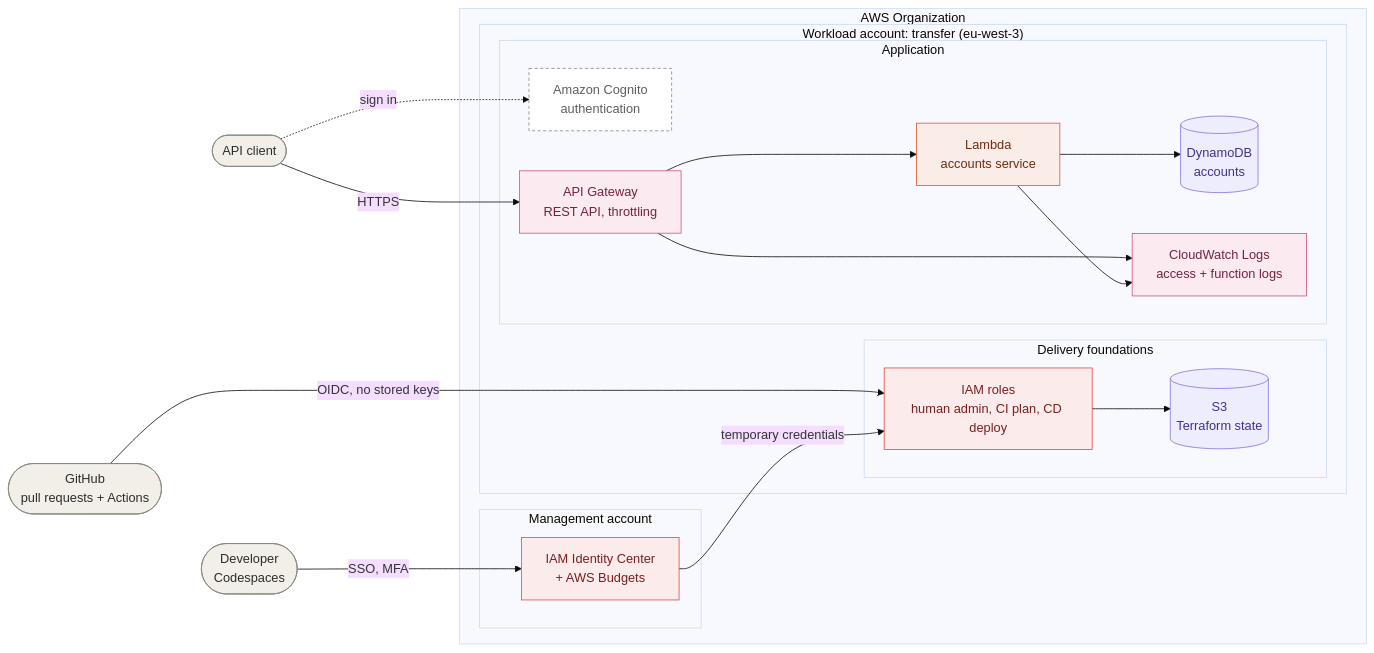
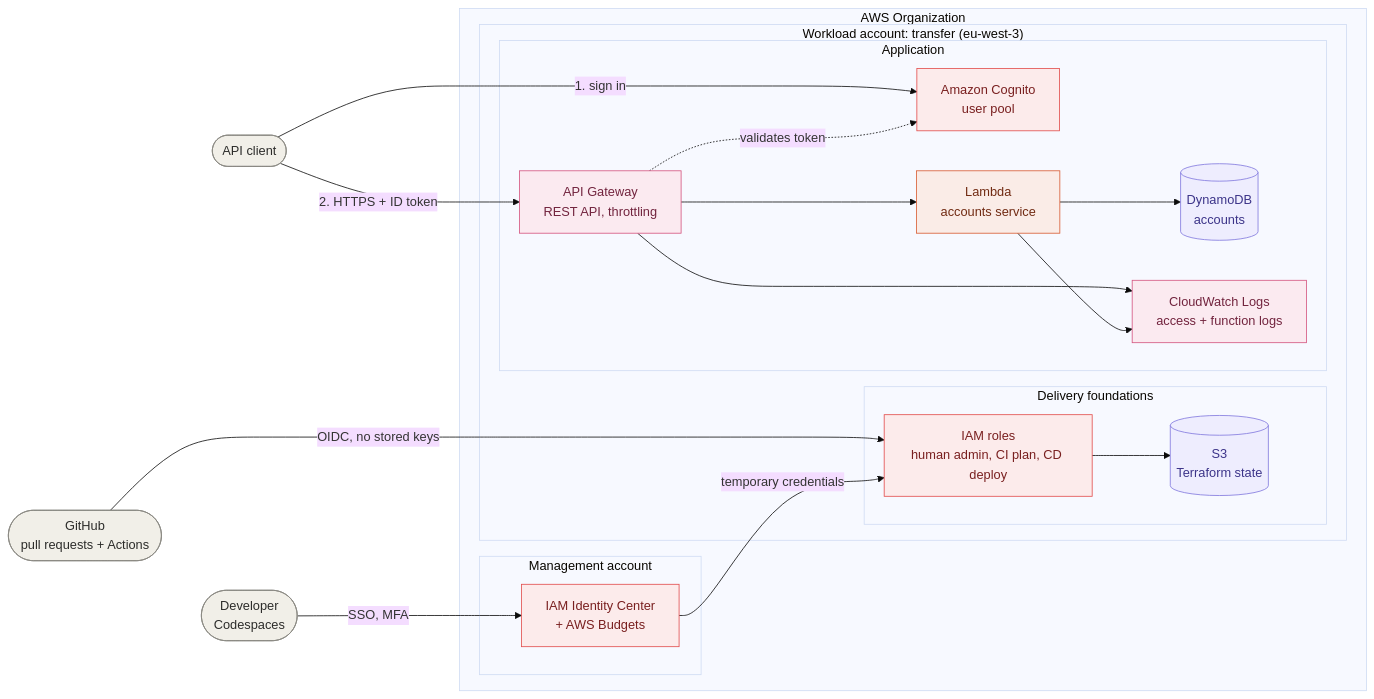
Before and after one commit to samibhiri/serverless-transfer-saga: the diagram in README.md, drawn with Mermaid (base theme). The commit also changed other lines of this file and 5 other files, not shown here.

Commit message:
feat(infra): add Cognito authentication to the API (#11)

````diff
--- a/README.md
+++ b/README.md
@@ -35,49 +35,50 @@
 ```mermaid
 flowchart LR
     dev(["Developer<br/>Codespaces"])
     gh(["GitHub<br/>pull requests + Actions"])
     client(["API client"])
 
     subgraph org["AWS Organization"]
         subgraph mgmt["Management account"]
             idc["IAM Identity Center<br/>+ AWS Budgets"]
         end
         subgraph wl["Workload account: transfer (eu-west-3)"]
             subgraph delivery["Delivery foundations"]
                 roles["IAM roles<br/>human admin, CI plan, CD deploy"]
                 state[("S3<br/>Terraform state")]
             end
             subgraph application["Application"]
-                cognito["Amazon Cognito<br/>authentication"]
+                cognito["Amazon Cognito<br/>user pool"]
                 apigw["API Gateway<br/>REST API, throttling"]
                 fn["Lambda<br/>accounts service"]
                 ddb[("DynamoDB<br/>accounts")]
                 logs["CloudWatch Logs<br/>access + function logs"]
             end
         end
     end
 
     gh -- "OIDC, no stored keys" --> roles
     gh ~~~ dev
     dev -- "SSO, MFA" --> idc
     idc -- "temporary credentials" --> roles
     roles --> state
-    client -. "sign in" .-> cognito
-    client -- "HTTPS" --> apigw
+    client -- "1. sign in" --> cognito
+    client -- "2. HTTPS + ID token" --> apigw
+    apigw -. "validates token" .-> cognito
     apigw --> fn --> ddb
     apigw --> logs
     fn --> logs
 
     classDef actor fill:#F1EFE8,stroke:#888780,color:#2C2C2A
     classDef identity fill:#FCEBEB,stroke:#E24B4A,color:#791F1F
     classDef data fill:#EEEDFE,stroke:#7F77DD,color:#3C3489
     classDef compute fill:#FAECE7,stroke:#D85A30,color:#712B13
     classDef integration fill:#FBEAF0,stroke:#D4537E,color:#72243E
     classDef todo fill:#FFFFFF,stroke:#888780,color:#5F5E5A,stroke-dasharray: 4 3
     class client,dev,gh actor
     class idc,roles identity
     class state,ddb data
     class fn compute
     class apigw,logs integration
-    class cognito todo
+    class cognito identity
 ```
````
